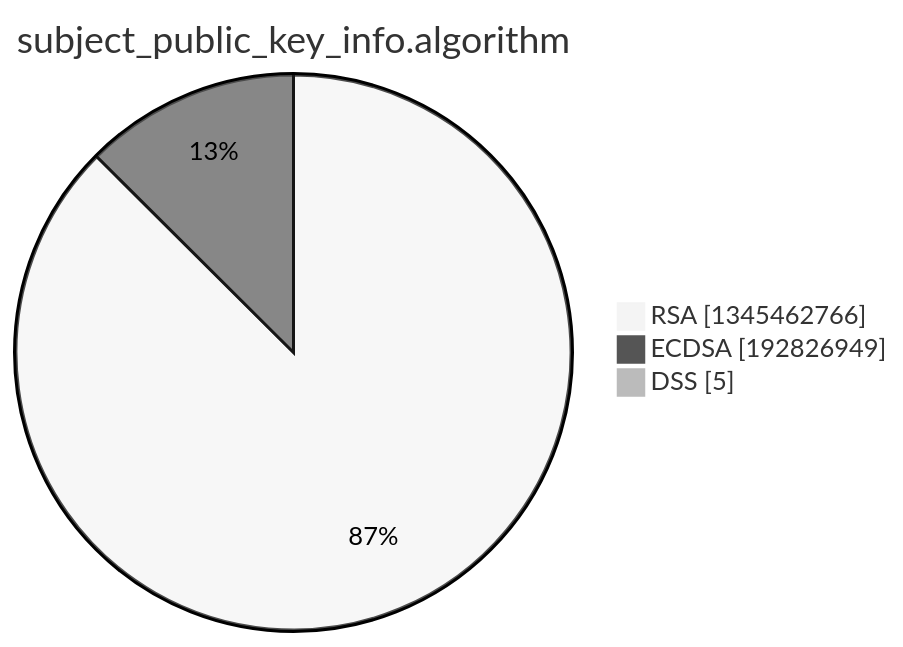
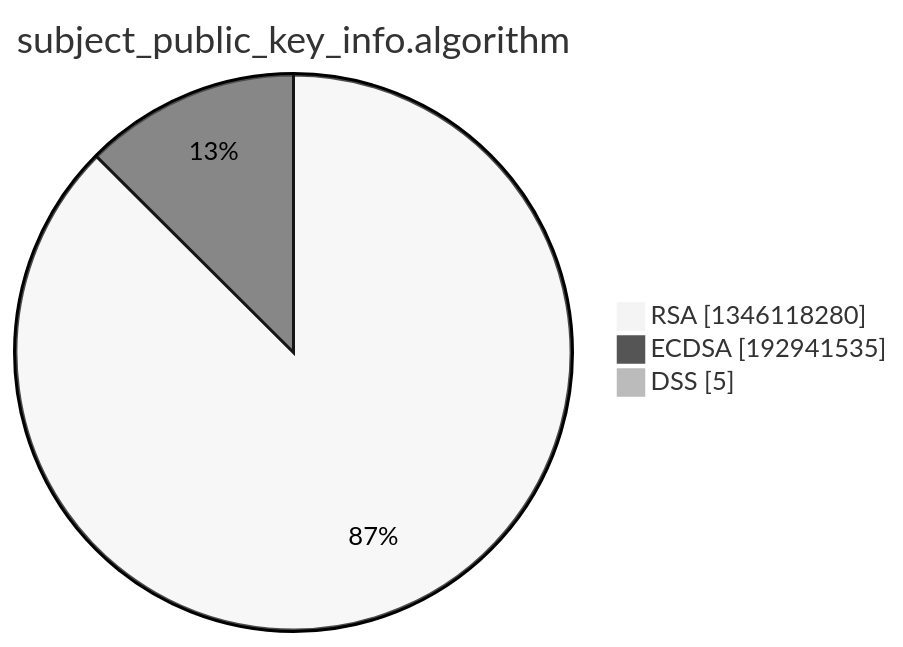
The third of 15 diagrams in xenon2022/README.md (christiankrug/ctmonitor_visualization), drawn with Mermaid (neutral theme) before and after one commit. The commit also changed other lines of this file, not shown here.

````diff
--- a/xenon2022/README.md
+++ b/xenon2022/README.md
@@ -14,7 +14,7 @@
 ```mermaid
 pie showData
 title subject_public_key_info.algorithm
-"RSA" :1345462766
-"ECDSA" :192826949
+"RSA" :1346118280
+"ECDSA" :192941535
 "DSS" :5
 ```
````
